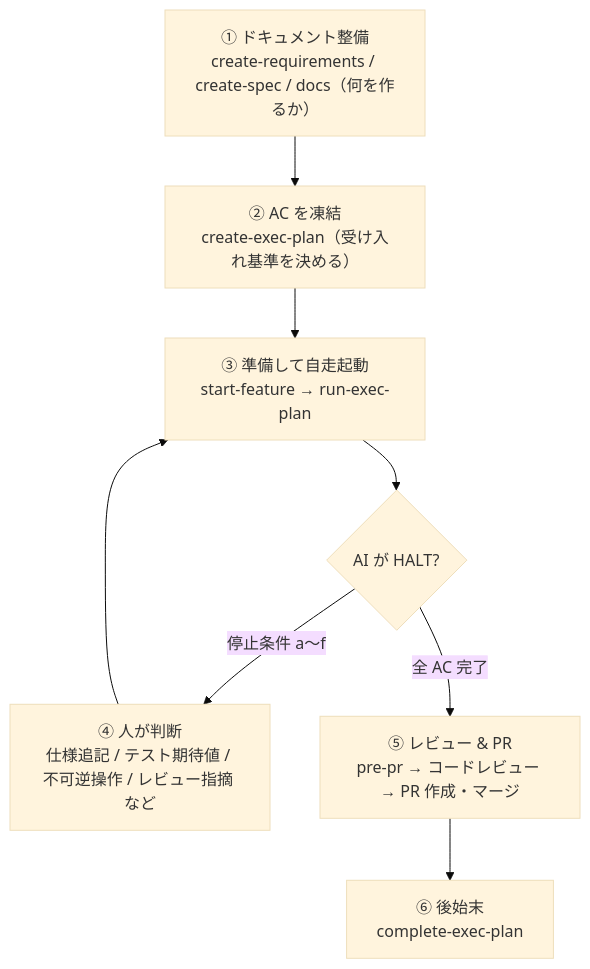
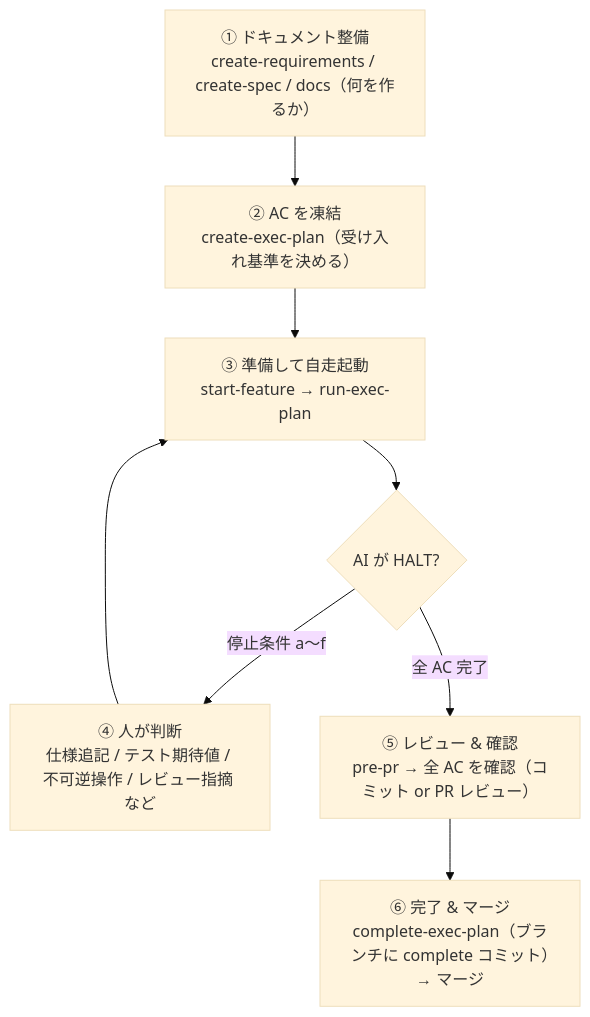
The diagram in ONBOARDING.ja.md (aki-senri/DocDDTemplate), drawn with Mermaid (base theme) before and after one commit. The commit also changed other lines of this file and 19 other files, not shown here.

First line of the commit message:
feat: exec-plan の complete を人の確認の境界として実装ブランチに刻み、1 PR で完結させる（#43）

````diff
--- a/ONBOARDING.ja.md
+++ b/ONBOARDING.ja.md
@@ -333,11 +333,11 @@
 ```mermaid
 flowchart TD
     A["① ドキュメント整備<br/>create-requirements / create-spec / docs（何を作るか）"] --> B
     B["② AC を凍結<br/>create-exec-plan（受け入れ基準を決める）"] --> C
     C["③ 準備して自走起動<br/>start-feature → run-exec-plan"]
     C --> D{AI が HALT?}
     D -->|停止条件 a〜f| E["④ 人が判断<br/>仕様追記 / テスト期待値 / 不可逆操作 / レビュー指摘 など"]
     E --> C
-    D -->|全 AC 完了| F["⑤ レビュー & PR<br/>pre-pr → コードレビュー → PR 作成・マージ"]
-    F --> G["⑥ 後始末<br/>complete-exec-plan"]
+    D -->|全 AC 完了| F["⑤ レビュー & 確認<br/>pre-pr → 全 AC を確認（コミット or PR レビュー）"]
+    F --> G["⑥ 完了 & マージ<br/>complete-exec-plan（ブランチに complete コミット）→ マージ"]
 ```
````
